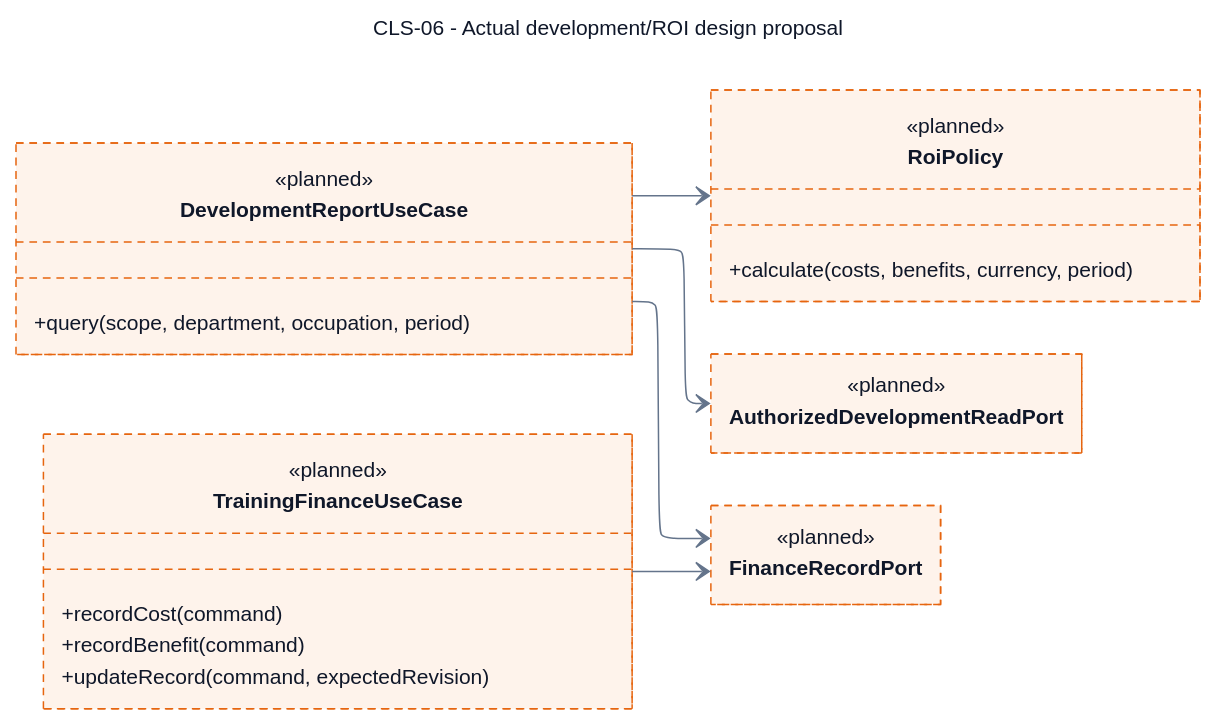
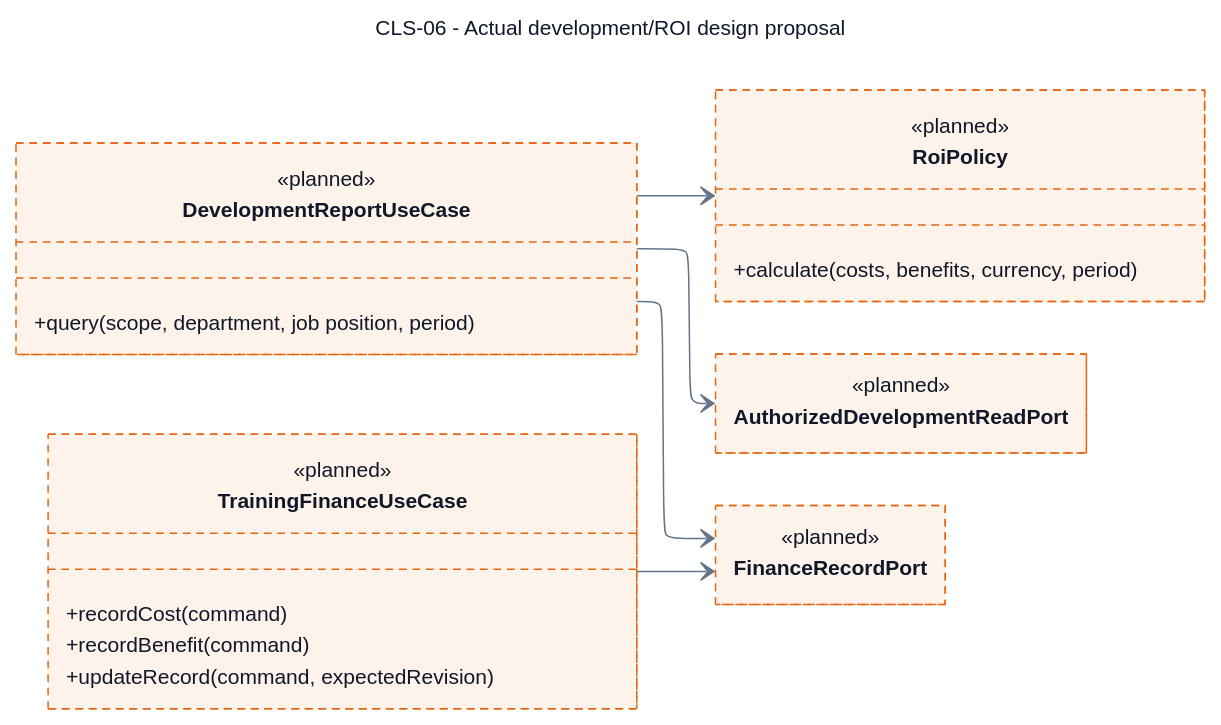
One commit to SEP490-Fall-2026-GFA26SE64/SEP490 changed the diagram in documents/diagrams/mermaid/cls-06.mmd. Above: the diagram before and after it, drawn with Mermaid. The commit also changed 760 other files, not shown here.

Commit message:
feat: implement department & job position governance, user assignment, and ontology graph styling

```diff
--- a/documents/diagrams/mermaid/cls-06.mmd
+++ b/documents/diagrams/mermaid/cls-06.mmd
@@ -1,34 +1,34 @@
 ---
 title: "CLS-06 - Actual development/ROI design proposal"
 config: {"theme":"base","fontFamily":"Segoe UI, Arial, sans-serif","themeVariables":{"fontFamily":"Segoe UI, Arial, sans-serif","fontSize":"14px","primaryColor":"#ffffff","primaryTextColor":"#0f1729","primaryBorderColor":"#64748b","secondaryColor":"#fef3eb","tertiaryColor":"#ffffff","lineColor":"#64748b","textColor":"#0f1729","mainBkg":"#ffffff","background":"#ffffff","clusterBkg":"#ffffff","clusterBorder":"#64748b","edgeLabelBackground":"#ffffff","titleColor":"#0f1729","noteBkgColor":"#fef3eb","noteTextColor":"#0f1729","noteBorderColor":"#e6650f","classText":"#0f1729","secondaryBorderColor":"#64748b","tertiaryBorderColor":"#64748b","secondaryTextColor":"#0f1729","tertiaryTextColor":"#0f1729"},"layout":"elk","class":{"hideEmptyMembersBox":true,"nodeSpacing":44,"rankSpacing":70,"padding":12,"diagramPadding":24}}
 ---
 classDiagram
   direction LR
   class SDD_CLS_06_Reports["DevelopmentReportUseCase"] {
     <<planned>>
-    +query(scope, department, occupation, period)
+    +query(scope, department, job position, period)
   }
   class SDD_CLS_06_Finance["TrainingFinanceUseCase"] {
     <<planned>>
     +recordCost(command)
     +recordBenefit(command)
     +updateRecord(command, expectedRevision)
   }
   class SDD_CLS_06_Policy["RoiPolicy"] {
     <<planned>>
     +calculate(costs, benefits, currency, period)
   }
   class SDD_CLS_06_Read["AuthorizedDevelopmentReadPort"]
   <<planned>> SDD_CLS_06_Read
   class SDD_CLS_06_Store["FinanceRecordPort"]
   <<planned>> SDD_CLS_06_Store
   SDD_CLS_06_Reports --> SDD_CLS_06_Read
   SDD_CLS_06_Reports --> SDD_CLS_06_Store
   SDD_CLS_06_Reports --> SDD_CLS_06_Policy
   SDD_CLS_06_Finance --> SDD_CLS_06_Store
 
   style SDD_CLS_06_Reports fill:#fef3eb,stroke:#e6650f,color:#0f1729,stroke-dasharray:5 4
   style SDD_CLS_06_Finance fill:#fef3eb,stroke:#e6650f,color:#0f1729,stroke-dasharray:5 4
   style SDD_CLS_06_Policy fill:#fef3eb,stroke:#e6650f,color:#0f1729,stroke-dasharray:5 4
   style SDD_CLS_06_Read fill:#fef3eb,stroke:#e6650f,color:#0f1729,stroke-dasharray:5 4
   style SDD_CLS_06_Store fill:#fef3eb,stroke:#e6650f,color:#0f1729,stroke-dasharray:5 4
```
